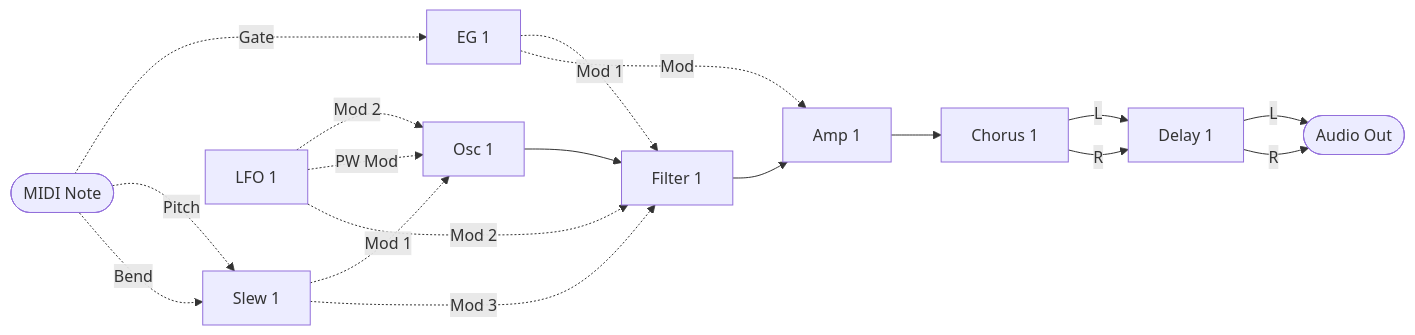
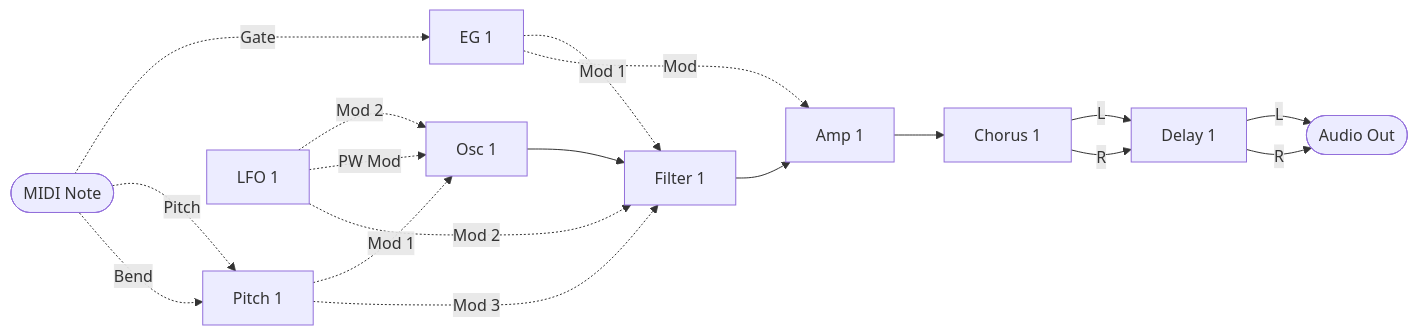
One commit to risgk/midi_synthesizer_spms1 changed the first of 6 diagrams in spms1_type2/README.ja.md. Above: the diagram before and after it, drawn with Mermaid. The commit also changed other lines of this file and 8 other files, not shown here.

First line of the commit message:
type-2: Rename Slew 1 to Pitch 1, and its Time to Portamento Time

````diff
--- a/spms1_type2/README.ja.md
+++ b/spms1_type2/README.ja.md
@@ -138,32 +138,32 @@
 ```mermaid
 flowchart LR
   NOTE([MIDI Note])
-  SLEW[Slew 1]
+  PITCH[Pitch 1]
   LFO[LFO 1]
   EG[EG 1]
   OSC[Osc 1]
   FILTER[Filter 1]
   AMP[Amp 1]
   CHORUS[Chorus 1]
   DELAY[Delay 1]
   OUT([Audio Out])
 
   OSC --> FILTER
   FILTER --> AMP
   AMP --> CHORUS
   CHORUS -->|L| DELAY
   CHORUS -->|R| DELAY
   DELAY -->|L| OUT
   DELAY -->|R| OUT
 
   NOTE -. Gate .-> EG
-  NOTE -. Pitch .-> SLEW
-  NOTE -. Bend .-> SLEW
-  SLEW -. Mod 1 .-> OSC
+  NOTE -. Pitch .-> PITCH
+  NOTE -. Bend .-> PITCH
+  PITCH -. Mod 1 .-> OSC
   LFO -. Mod 2 .-> OSC
   LFO -. PW Mod .-> OSC
   EG -. Mod 1 .-> FILTER
   LFO -. Mod 2 .-> FILTER
-  SLEW -. Mod 3 .-> FILTER
+  PITCH -. Mod 3 .-> FILTER
   EG -. Mod .-> AMP
 ```
````
